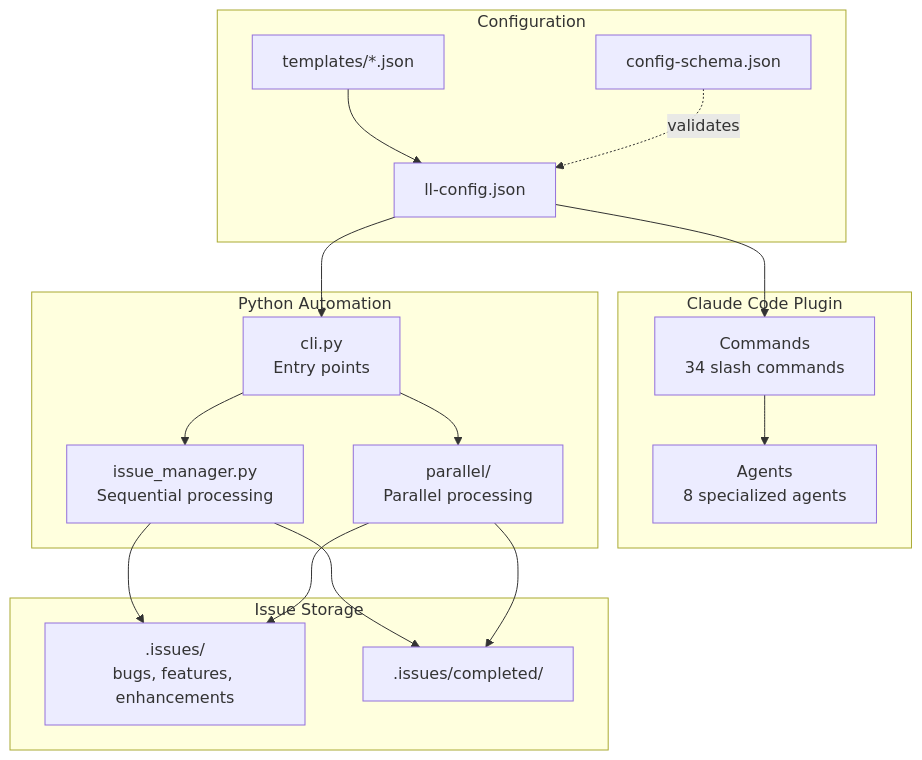
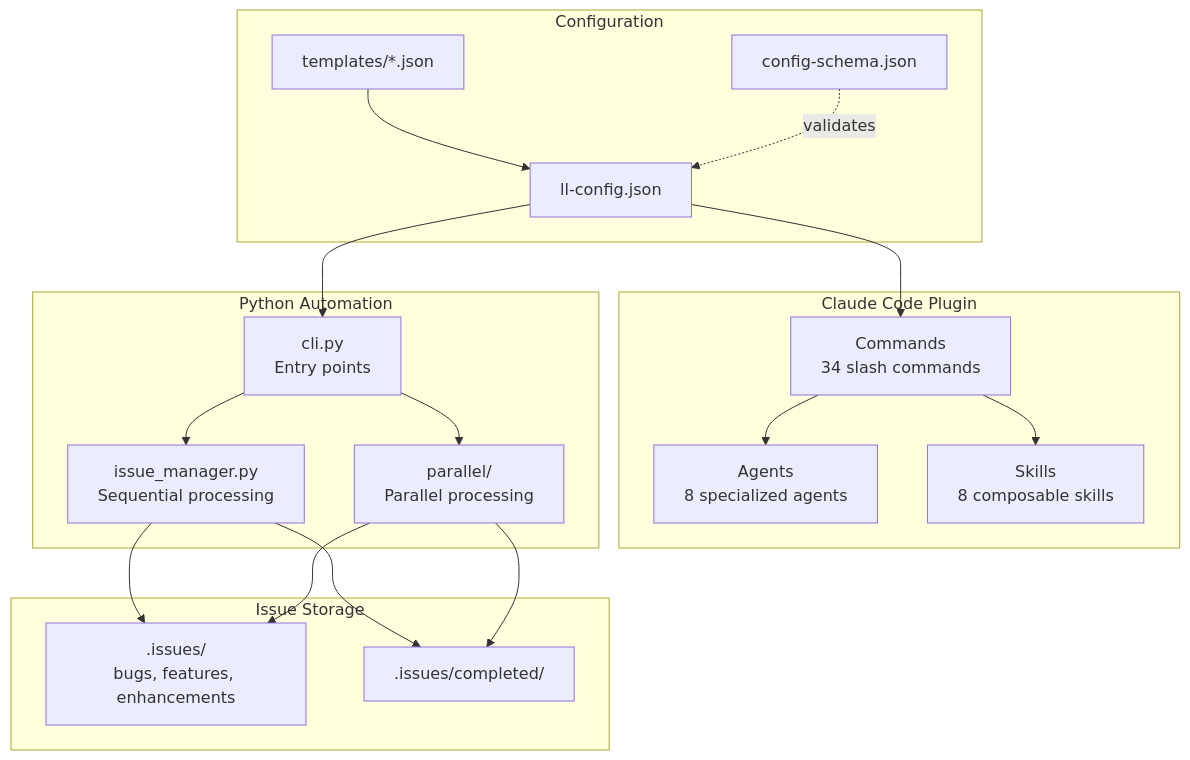
Before and after one commit to BrennonTWilliams/little-loops: the first of 13 diagrams in docs/ARCHITECTURE.md, drawn with Mermaid. The commit also changed other lines of this file and 6 other files, not shown here.

First line of the commit message:
docs(architecture): add Skills to high-level diagram and fix directory tree

````diff
--- a/docs/ARCHITECTURE.md
+++ b/docs/ARCHITECTURE.md
@@ -21,36 +21,38 @@
 ```mermaid
 flowchart TB
     subgraph "Claude Code Plugin"
         CMD[Commands<br/>34 slash commands]
         AGT[Agents<br/>8 specialized agents]
+        SKL[Skills<br/>8 composable skills]
     end
 
     subgraph "Configuration"
         CFG[ll-config.json]
         SCHEMA[config-schema.json]
         TPL[templates/*.json]
     end
 
     subgraph "Python Automation"
         CLI[cli.py<br/>Entry points]
         AUTO[issue_manager.py<br/>Sequential processing]
         PARALLEL[parallel/<br/>Parallel processing]
     end
 
     subgraph "Issue Storage"
         ISSUES[.issues/<br/>bugs, features, enhancements]
         COMPLETED[.issues/completed/]
     end
 
     CFG --> CMD
     TPL --> CFG
     SCHEMA -.->|validates| CFG
     CFG --> CLI
     CMD --> AGT
+    CMD --> SKL
     CLI --> AUTO
     CLI --> PARALLEL
     AUTO --> ISSUES
     PARALLEL --> ISSUES
     AUTO --> COMPLETED
     PARALLEL --> COMPLETED
 ```
````
